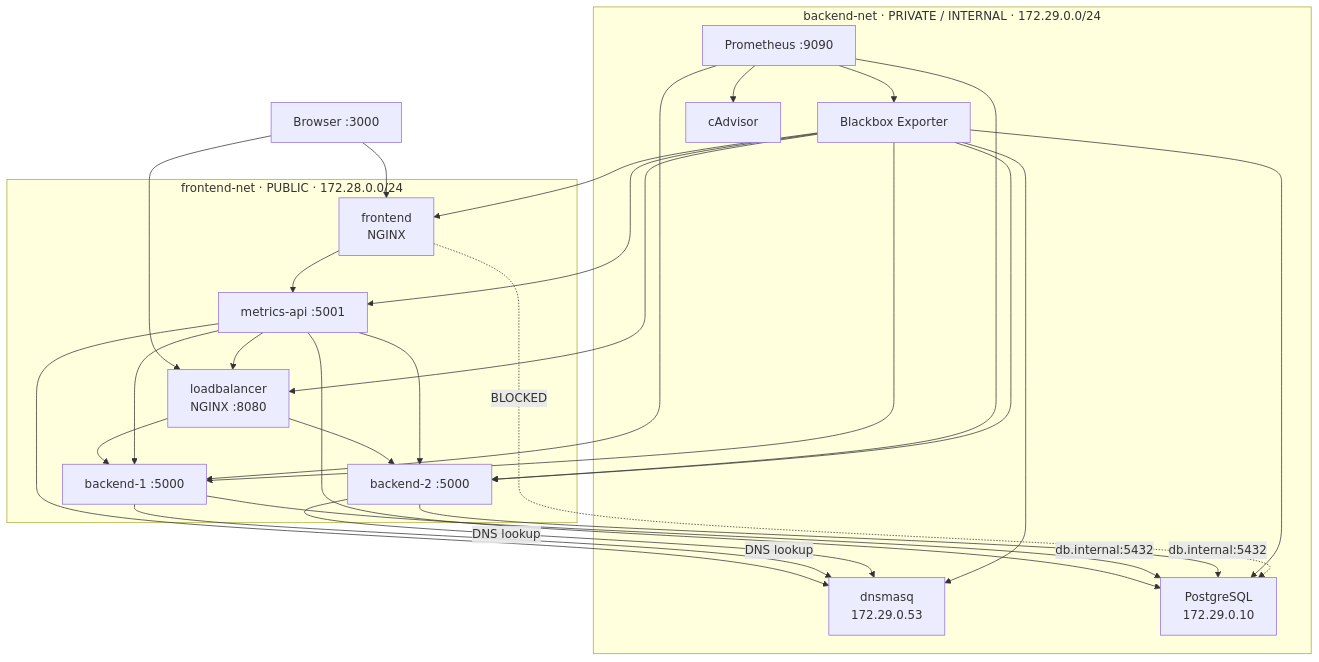
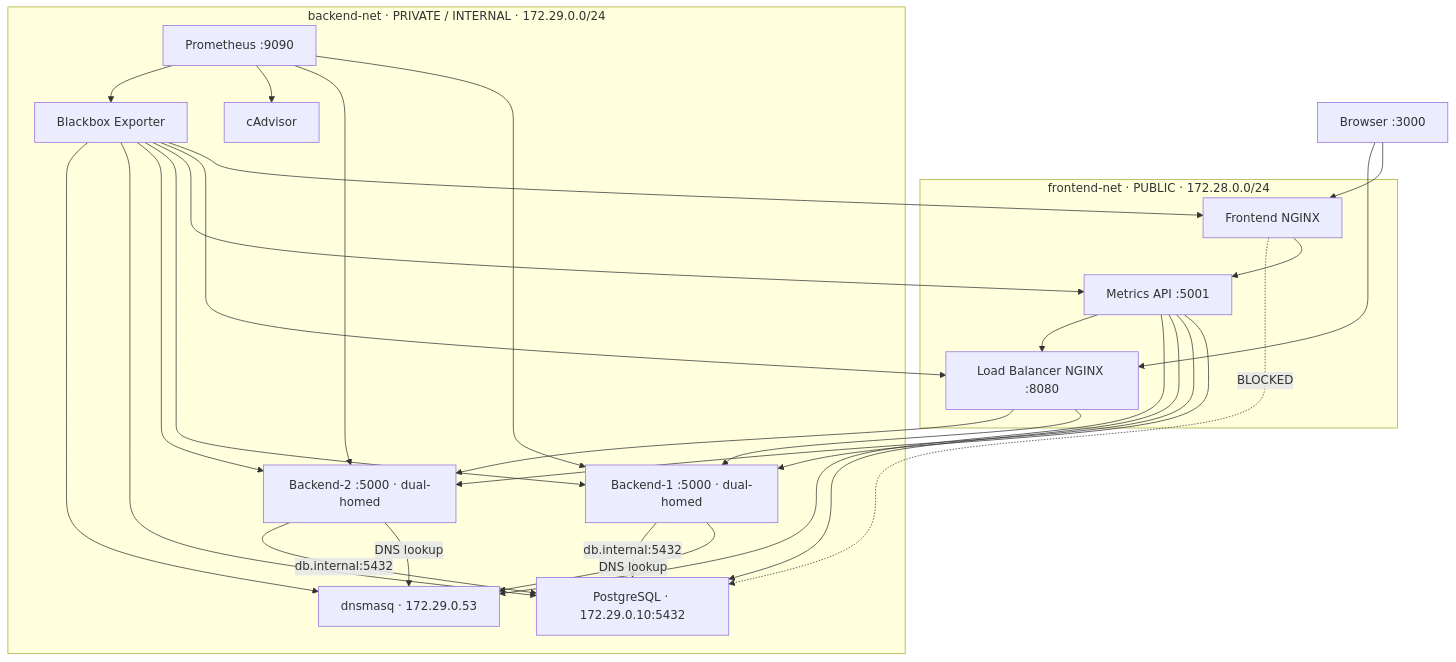
Before and after one commit to dhruvabhat24/infra-health-dashboard: the diagram in README.md, drawn with Mermaid.

````diff
--- a/README.md
+++ b/README.md
@@ -28,56 +28,55 @@
 ```mermaid
 flowchart TB
-    Browser["Browser :3000"] --> Frontend["frontend
-NGINX"]
-    Browser --> LB["loadbalancer
-NGINX :8080"]
+    Browser["Browser :3000"]
 
     subgraph Public["frontend-net · PUBLIC · 172.28.0.0/24"]
-      Frontend
-      LB
-      MAPI["metrics-api :5001"]
-      B1["backend-1 :5000"]
-      B2["backend-2 :5000"]
+        Frontend["Frontend NGINX"]
+        LB["Load Balancer NGINX :8080"]
+        MAPI["Metrics API :5001"]
     end
 
     subgraph Private["backend-net · PRIVATE / INTERNAL · 172.29.0.0/24"]
-      B1
-      B2
-      DNS["dnsmasq
-172.29.0.53"]
-      DB["PostgreSQL
-172.29.0.10"]
-      Prom["Prometheus :9090"]
-      BB["Blackbox Exporter"]
-      CAD["cAdvisor"]
-      MAPI
+        B1["Backend-1 :5000 · dual-homed"]
+        B2["Backend-2 :5000 · dual-homed"]
+        DNS["dnsmasq · 172.29.0.53"]
+        DB["PostgreSQL · 172.29.0.10:5432"]
+        Prom["Prometheus :9090"]
+        BB["Blackbox Exporter"]
+        CAD["cAdvisor"]
     end
 
+    Browser --> Frontend
+    Browser --> LB
+
     Frontend --> MAPI
+
     LB --> B1
     LB --> B2
+
     MAPI --> B1
     MAPI --> B2
     MAPI --> DB
     MAPI --> DNS
     MAPI --> LB
 
     B1 -->|DNS lookup| DNS
     B2 -->|DNS lookup| DNS
+
     B1 -->|db.internal:5432| DB
     B2 -->|db.internal:5432| DB
 
     Prom --> B1
     Prom --> B2
     Prom --> CAD
     Prom --> BB
+
     BB --> Frontend
     BB --> LB
     BB --> MAPI
     BB --> B1
     BB --> B2
     BB --> DB
     BB --> DNS
 
     Frontend -. "BLOCKED" .-> DB
 ```
````
